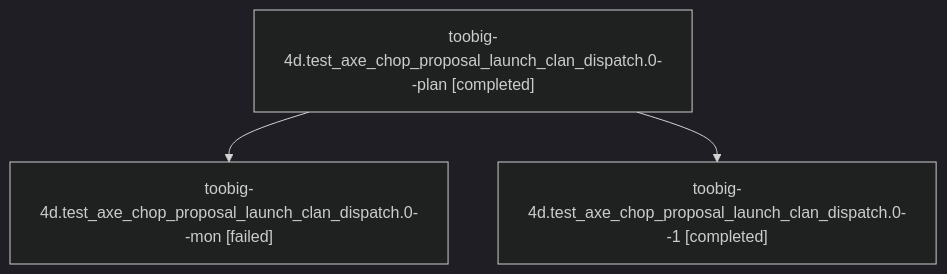
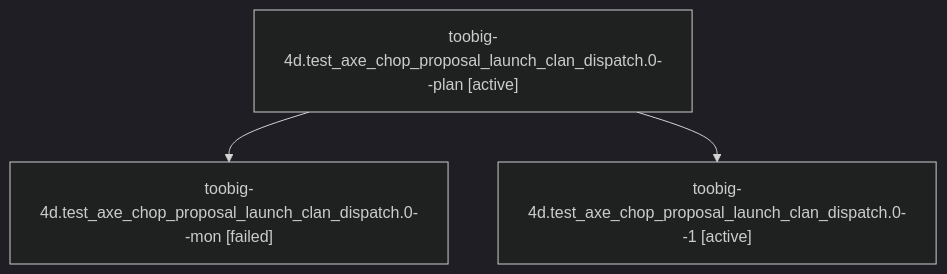
The diagram in families/bbugyi200.athena.toobig-4d.test_axe_chop_proposal_launch_clan_dispatch.0.md (sase-org/sase--agents), drawn with Mermaid (dark theme) before and after one commit. The commit also changed other lines of this file and 35830 other files, not shown here.

````diff
--- a/families/bbugyi200.athena.toobig-4d.test_axe_chop_proposal_launch_clan_dispatch.0.md
+++ b/families/bbugyi200.athena.toobig-4d.test_axe_chop_proposal_launch_clan_dispatch.0.md
@@ -9,8 +9,8 @@
 ```mermaid
 flowchart TD
-  n0["toobig-4d.test_axe_chop_proposal_launch_clan_dispatch.0--plan [completed]"]
+  n0["toobig-4d.test_axe_chop_proposal_launch_clan_dispatch.0--plan [active]"]
   n1["toobig-4d.test_axe_chop_proposal_launch_clan_dispatch.0--mon [failed]"]
   n0 --> n1
-  n2["toobig-4d.test_axe_chop_proposal_launch_clan_dispatch.0--1 [completed]"]
+  n2["toobig-4d.test_axe_chop_proposal_launch_clan_dispatch.0--1 [active]"]
   n0 --> n2
 ```
````
